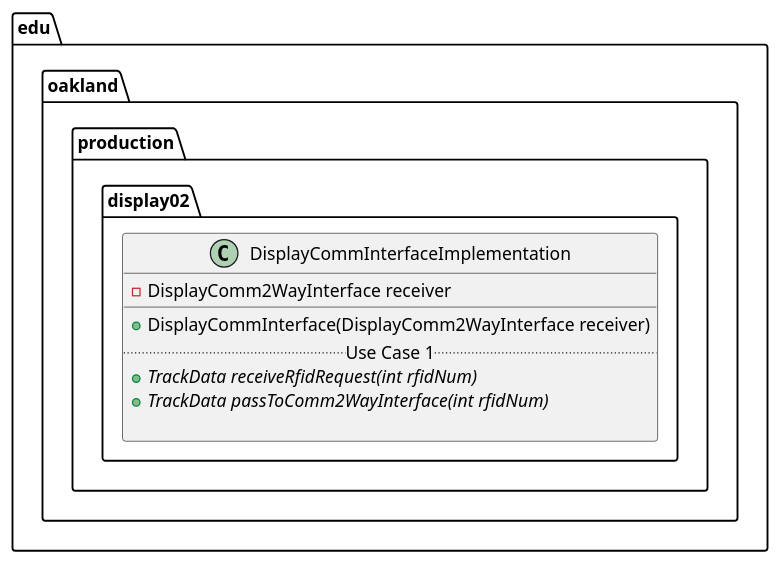
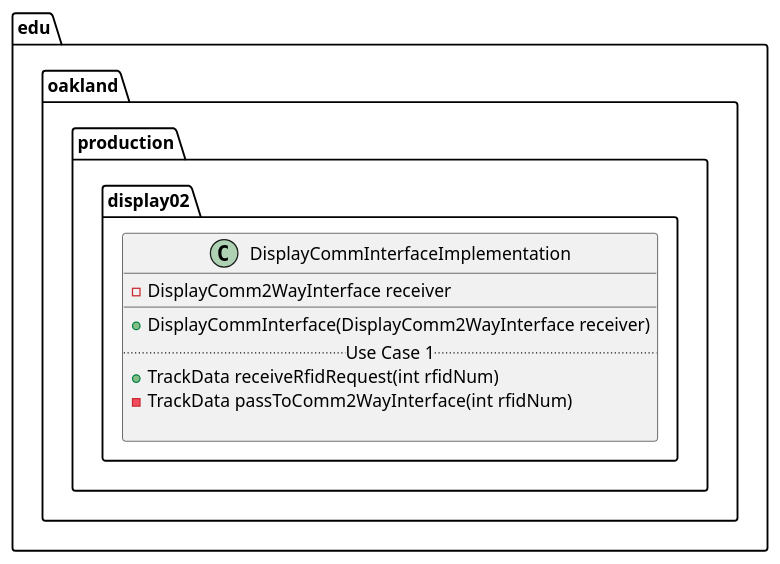
Before and after one commit to andrewdimmer/csi-3370-software-project: the diagram in docs/uml-class-diagrams/display02/production/DisplayCommInterfaceImplementation/DisplayCommInterfaceImplementation.puml, drawn with PlantUML.

```diff
--- a/docs/uml-class-diagrams/display02/production/DisplayCommInterfaceImplementation/DisplayCommInterfaceImplementation.puml
+++ b/docs/uml-class-diagrams/display02/production/DisplayCommInterfaceImplementation/DisplayCommInterfaceImplementation.puml
@@ -1,15 +1,15 @@
 @startuml DisplayCommInterfaceImplementation
 
 package edu.oakland.production.display02 {
     class DisplayCommInterfaceImplementation {
         - DisplayComm2WayInterface receiver
         __
         + DisplayCommInterface(DisplayComm2WayInterface receiver)
         .. Use Case 1 ..
-        {abstract} + TrackData receiveRfidRequest(int rfidNum)
-        {abstract} + TrackData passToComm2WayInterface(int rfidNum)
+        + TrackData receiveRfidRequest(int rfidNum)
+        - TrackData passToComm2WayInterface(int rfidNum)
 
     }
 }
 
 @enduml
```
